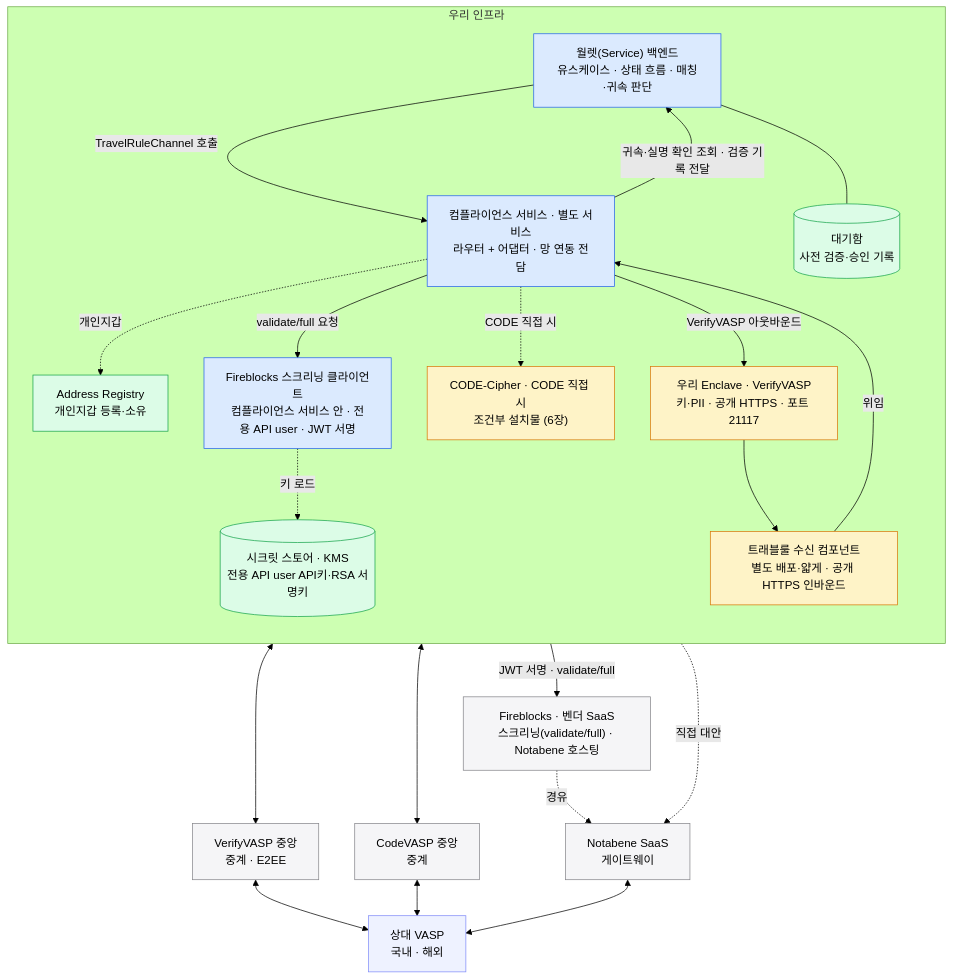
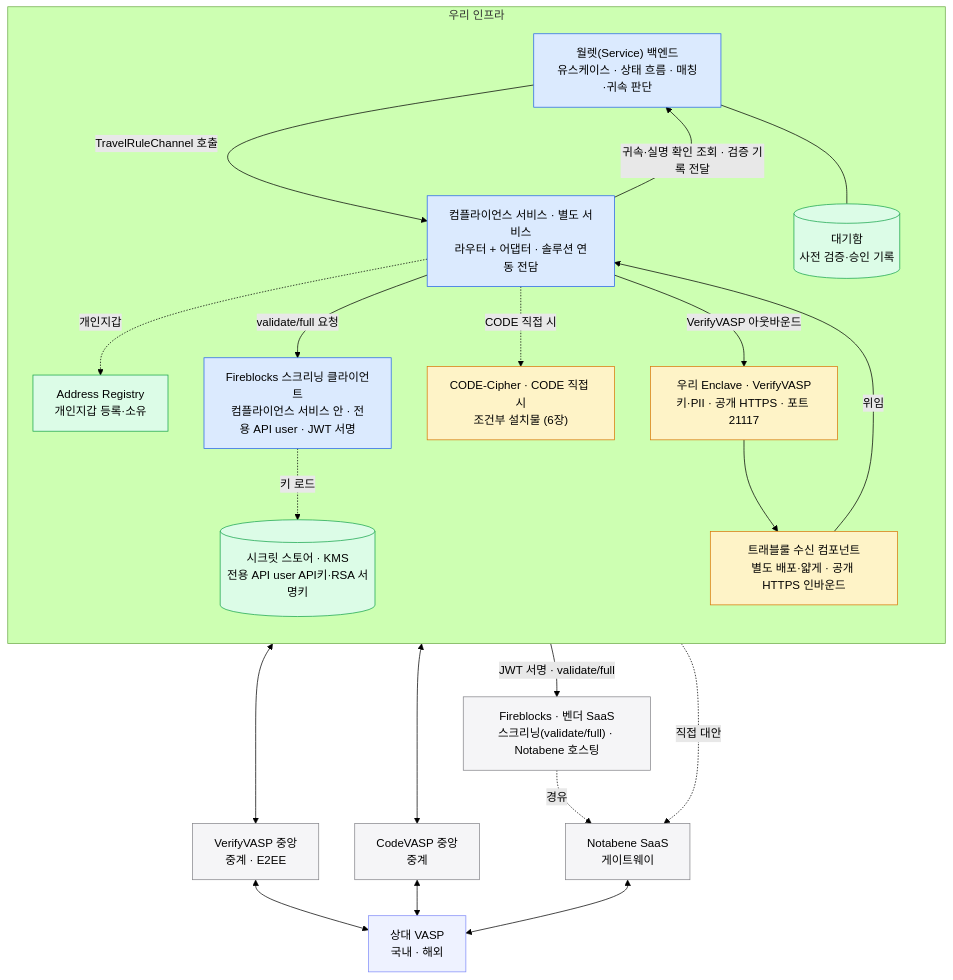
The diagram in blockchain-manager/docs/트래블룰/설계/12-physical-layout.md (eunsujeo/eunpus), drawn with Mermaid (forest theme) before and after one commit. The commit also changed other lines of this file and 26 other files, not shown here.

````diff
--- a/blockchain-manager/docs/트래블룰/설계/12-physical-layout.md
+++ b/blockchain-manager/docs/트래블룰/설계/12-physical-layout.md
@@ -9,52 +9,52 @@
 ```mermaid
 flowchart TB
   subgraph OURS["우리 인프라"]
     direction TB
     SVC["월렛(Service) 백엔드<br/>유스케이스 · 상태 흐름 · 매칭·귀속 판단"]
-    GATE["컴플라이언스 서비스 · 별도 서비스<br/>라우터 + 어댑터 · 망 연동 전담"]
+    GATE["컴플라이언스 서비스 · 별도 서비스<br/>라우터 + 어댑터 · 솔루션 연동 전담"]
     WQ[("대기함<br/>사전 검증·승인 기록")]
     FBCLI["Fireblocks 스크리닝 클라이언트<br/>컴플라이언스 서비스 안 · 전용 API user · JWT 서명"]
     SEC[("시크릿 스토어 · KMS<br/>전용 API user API키·RSA 서명키")]
     RX["트래블룰 수신 컴포넌트<br/>별도 배포·얇게 · 공개 HTTPS 인바운드"]
     EN["우리 Enclave · VerifyVASP<br/>키·PII · 공개 HTTPS · 포트 21117"]
     CC["CODE-Cipher · CODE 직접 시<br/>조건부 설치물 (6장)"]
     AR["Address Registry<br/>개인지갑 등록·소유"]
   end
 
   HUB["VerifyVASP 중앙<br/>중계 · E2EE"]
   CV["CodeVASP 중앙<br/>중계"]
   NB["Notabene SaaS<br/>게이트웨이"]
   FB["Fireblocks · 벤더 SaaS<br/>스크리닝(validate/full) · Notabene 호스팅"]
   RVP["상대 VASP<br/>국내 · 해외"]
 
   SVC -->|TravelRuleChannel 호출| GATE
   GATE -->|귀속·실명 확인 조회 · 검증 기록 전달| SVC
   SVC --- WQ
   GATE -.->|개인지갑| AR
   GATE -->|VerifyVASP 아웃바운드| EN
   GATE -.->|CODE 직접 시| CC
   GATE -->|validate/full 요청| FBCLI
   FBCLI -->|JWT 서명 · validate/full| FB
   FBCLI -.->|키 로드| SEC
   GATE -.->|직접 대안| NB
   EN --> RX
   RX -->|위임| GATE
 
   EN <--> HUB
   CC <--> CV
   FB -.->|경유| NB
   HUB <--> RVP
   CV <--> RVP
   NB <--> RVP
 
   classDef ours fill:#dbeafe,stroke:#2563eb;
   classDef store fill:#dcfce7,stroke:#16a34a;
   classDef selfhost fill:#fef3c7,stroke:#d97706;
   classDef vendor fill:#f5f5f7,stroke:#86868b;
   classDef chain fill:#eef2ff,stroke:#818cf8;
   class SVC,GATE,FBCLI ours
   class WQ,SEC,AR store
   class RX,EN,CC selfhost
   class HUB,CV,NB,FB vendor
   class RVP chain
 ```
````
